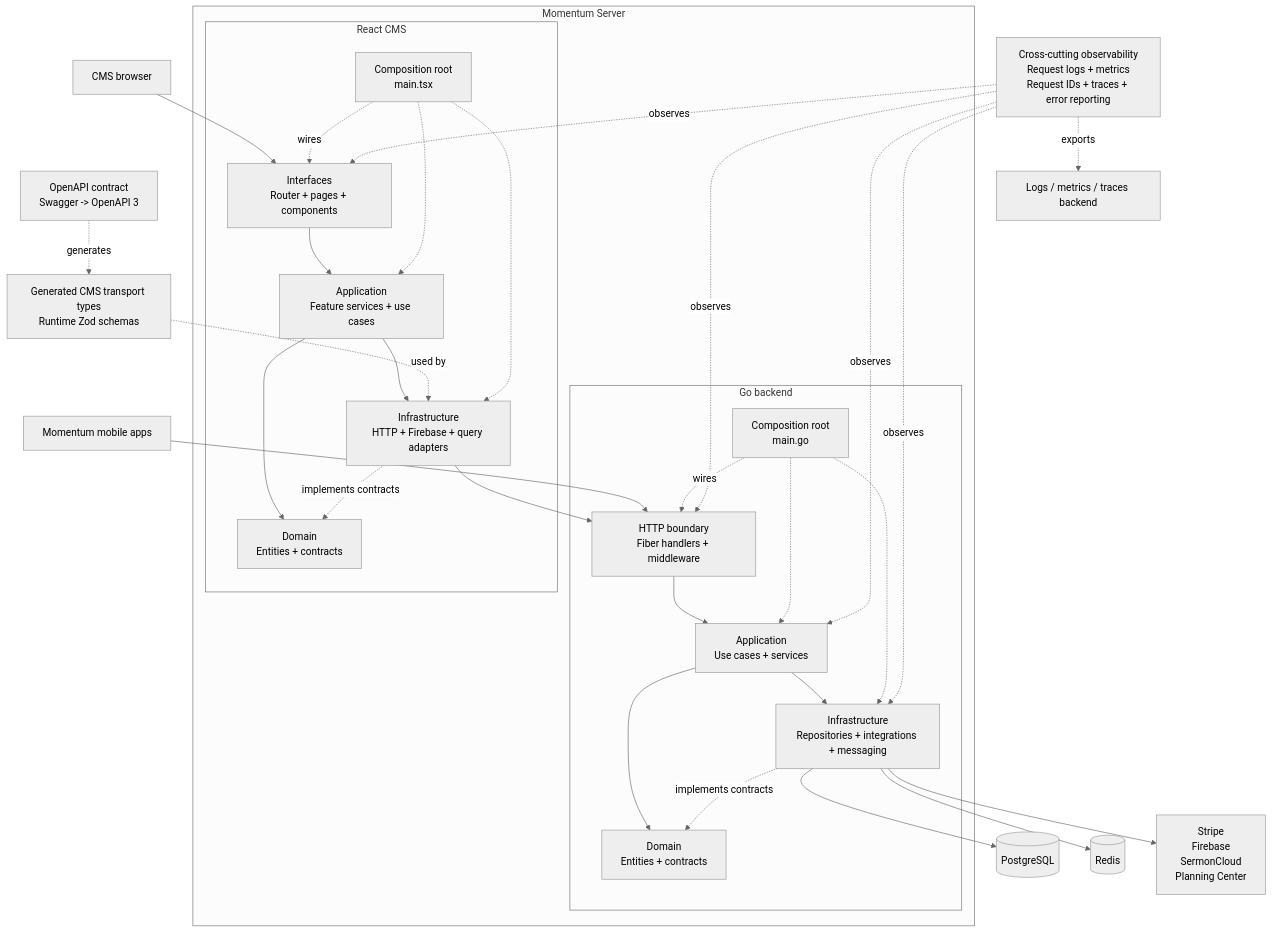
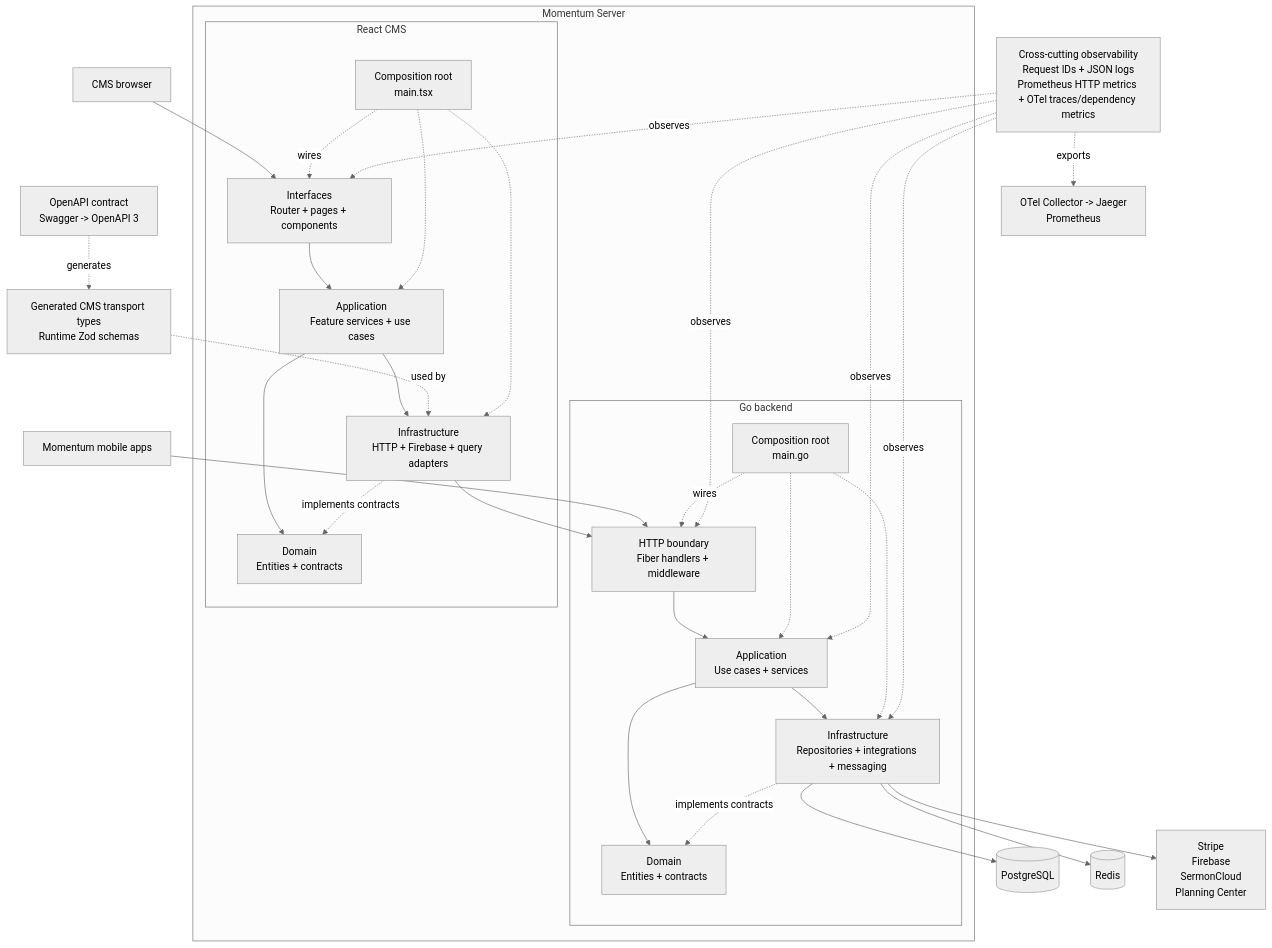
Before and after one commit to MwaiBanda/Momentum-Server: the diagram in README.md, drawn with Mermaid (neutral theme). The commit also changed other lines of this file and 51 other files, not shown here.

````diff
--- a/README.md
+++ b/README.md
@@ -86,64 +86,64 @@
 ```mermaid
 flowchart TB
     mobile["Momentum mobile apps"]
     browser["CMS browser"]
 
     subgraph product["Momentum Server"]
         subgraph backend["Go backend"]
             api["HTTP boundary<br/>Fiber handlers + middleware"]
             backendApplication["Application<br/>Use cases + services"]
             backendDomain["Domain<br/>Entities + contracts"]
             backendInfrastructure["Infrastructure<br/>Repositories + integrations + messaging"]
             backendRoot["Composition root<br/>main.go"]
         end
 
         subgraph cms["React CMS"]
             cmsInterfaces["Interfaces<br/>Router + pages + components"]
             cmsApplication["Application<br/>Feature services + use cases"]
             cmsDomain["Domain<br/>Entities + contracts"]
             cmsInfrastructure["Infrastructure<br/>HTTP + Firebase + query adapters"]
             cmsRoot["Composition root<br/>main.tsx"]
         end
     end
 
     postgres[("PostgreSQL")]
     redis[("Redis")]
     integrations["Stripe<br/>Firebase<br/>SermonCloud<br/>Planning Center"]
     contract["OpenAPI contract<br/>Swagger -> OpenAPI 3"]
     generated["Generated CMS transport types<br/>Runtime Zod schemas"]
-    telemetry["Cross-cutting observability<br/>Request logs + metrics<br/>Request IDs + traces + error reporting"]
-    telemetryBackend["Logs / metrics / traces backend"]
+    telemetry["Cross-cutting observability<br/>Request IDs + JSON logs<br/>Prometheus HTTP metrics + OTel traces/dependency metrics"]
+    telemetryBackend["OTel Collector -> Jaeger<br/>Prometheus"]
 
     mobile --> api
     browser --> cmsInterfaces
 
     api --> backendApplication
     backendApplication --> backendDomain
     backendApplication --> backendInfrastructure
     backendInfrastructure --> postgres
     backendInfrastructure --> redis
     backendInfrastructure --> integrations
 
     cmsInterfaces --> cmsApplication
     cmsApplication --> cmsDomain
     cmsApplication --> cmsInfrastructure
     cmsInfrastructure --> api
 
     contract -. "generates" .-> generated
     generated -. "used by" .-> cmsInfrastructure
 
     backendInfrastructure -. "implements contracts" .-> backendDomain
     cmsInfrastructure -. "implements contracts" .-> cmsDomain
     backendRoot -. "wires" .-> api
     backendRoot -.-> backendApplication
     backendRoot -.-> backendInfrastructure
     cmsRoot -. "wires" .-> cmsInterfaces
     cmsRoot -.-> cmsApplication
     cmsRoot -.-> cmsInfrastructure
 
     telemetry -. "observes" .-> api
     telemetry -. "observes" .-> backendApplication
     telemetry -. "observes" .-> backendInfrastructure
     telemetry -. "observes" .-> cmsInterfaces
     telemetry -. "exports" .-> telemetryBackend
 ```
````
